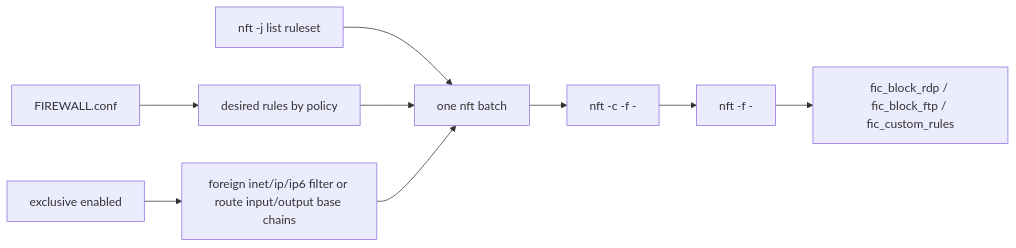
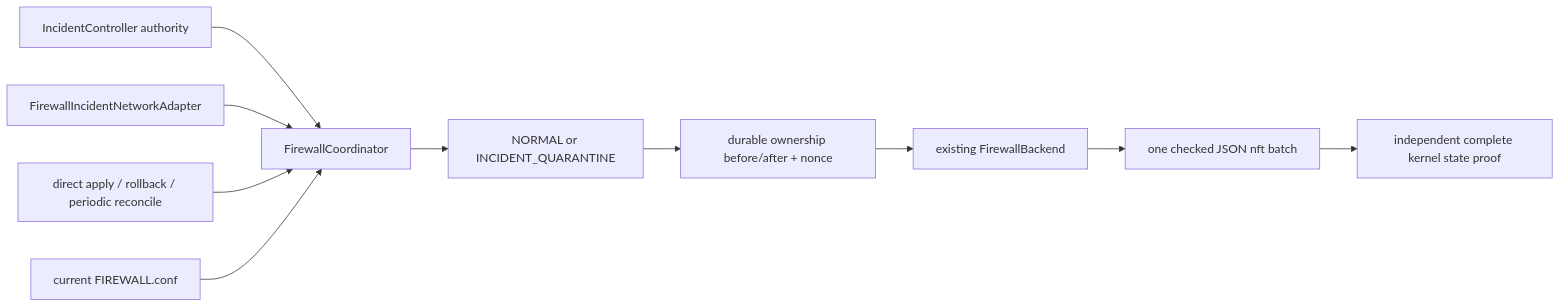
The ninth of 20 diagrams in docs/architecture-diagrams.md (RevoltStar/FIC), drawn with Mermaid before and after one commit. The commit also changed other lines of this file and 30 other files, not shown here.

Commit message:
Implement incident quarantine via unified FIREWALL profiles

````diff
--- a/docs/architecture-diagrams.md
+++ b/docs/architecture-diagrams.md
@@ -433,11 +431,12 @@
 ```mermaid
 flowchart LR
-    conf[FIREWALL.conf] --> desired[desired rules by policy]
-    actual[nft -j list ruleset] --> batch[one nft batch]
-    desired --> batch
-    batch --> check[nft -c -f -]
-    check --> applyNft[nft -f -]
-    applyNft --> owned[fic_block_rdp / fic_block_ftp / fic_custom_rules]
-    exclusive[exclusive enabled] --> foreign[foreign inet/ip/ip6 filter or route input/output base chains]
-    foreign --> batch
+    incident[IncidentController authority] --> coordinator[FirewallCoordinator]
+    adapter[FirewallIncidentNetworkAdapter] --> coordinator
+    policy[direct apply / rollback / periodic reconcile] --> coordinator
+    conf[current FIREWALL.conf] --> coordinator
+    coordinator --> desired[NORMAL or INCIDENT_QUARANTINE]
+    desired --> intent[durable ownership before/after + nonce]
+    intent --> backend[existing FirewallBackend]
+    backend --> batch[one checked JSON nft batch]
+    batch --> proof[independent complete kernel state proof]
 ```
````
